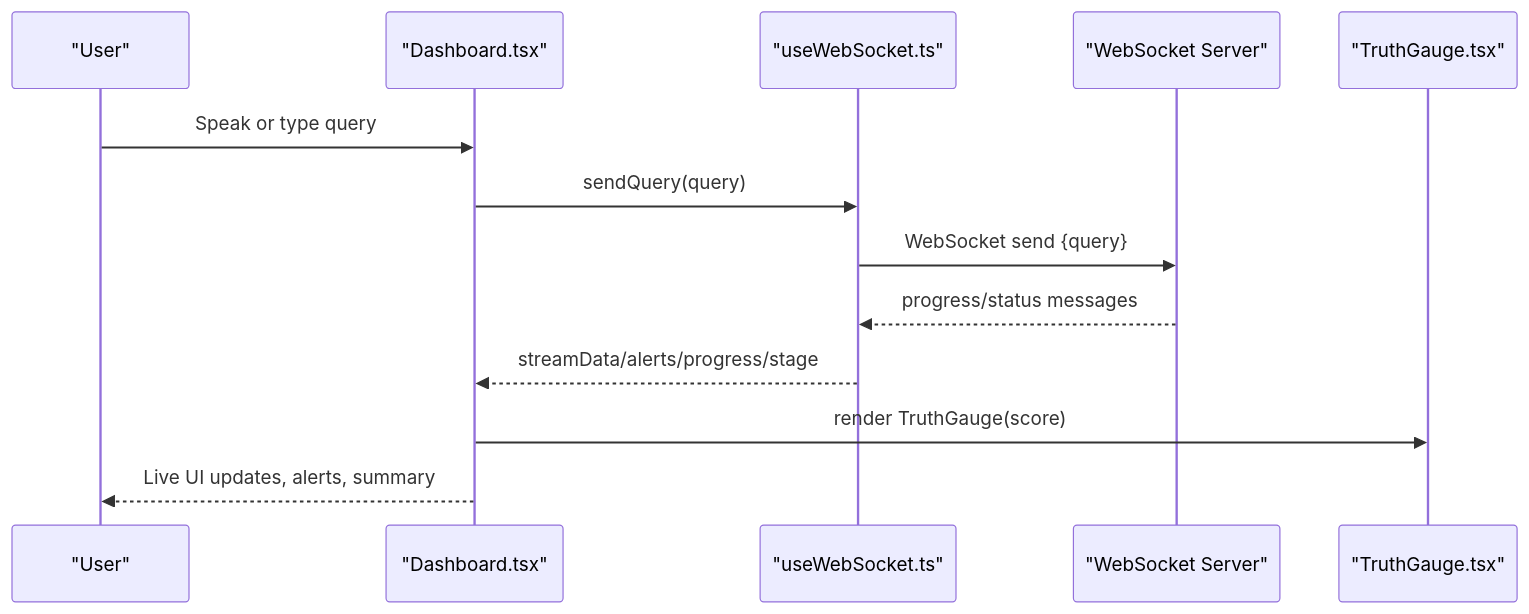
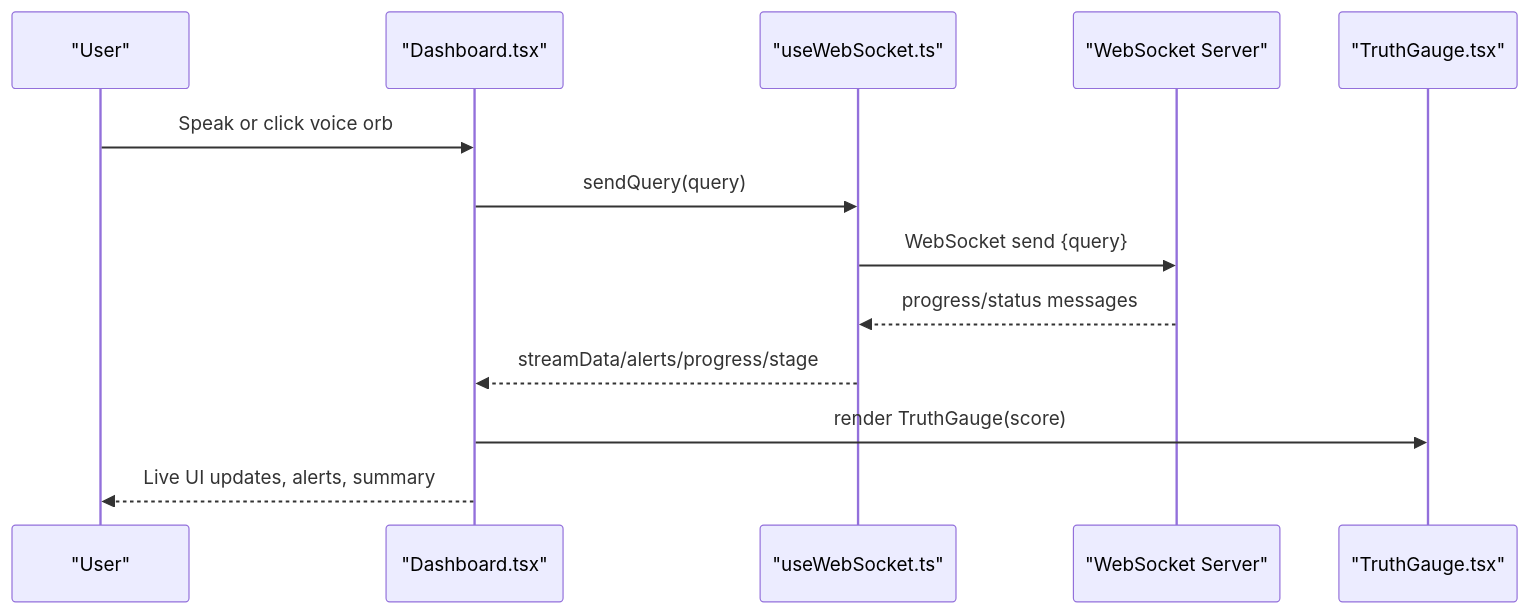
Before and after one commit to Anmo07/Friday: the fourth of 11 diagrams in .qoder/repowiki/en/content/Frontend Interface/Dashboard Application.md, drawn with Mermaid. The commit also changed other lines of this file and 931 other files, not shown here.

````diff
--- a/.qoder/repowiki/en/content/Frontend Interface/Dashboard Application.md
+++ b/.qoder/repowiki/en/content/Frontend Interface/Dashboard Application.md
@@ -197,15 +207,15 @@
 ```mermaid
 sequenceDiagram
 participant U as "User"
 participant D as "Dashboard.tsx"
 participant H as "useWebSocket.ts"
 participant S as "WebSocket Server"
 participant G as "TruthGauge.tsx"
-U->>D : Speak or type query
+U->>D : Speak or click voice orb
 D->>H : sendQuery(query)
 H->>S : WebSocket send {query}
 S-->>H : progress/status messages
 H-->>D : streamData/alerts/progress/stage
 D->>G : render TruthGauge(score)
 D-->>U : Live UI updates, alerts, summary
 ```
````
